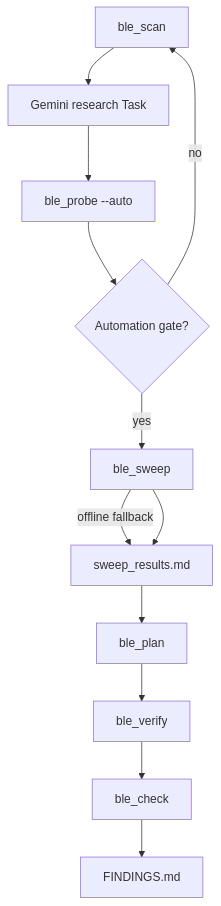
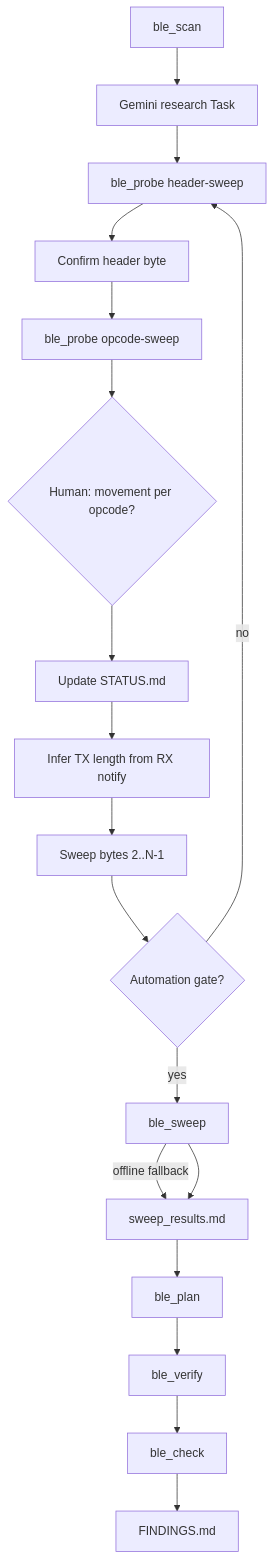
The diagram in skills/ble-hack-skill/SKILL.md (SAT-oO/satoo-llm-skills), drawn with Mermaid before and after one commit. The commit also changed other lines of this file and 20 other files, not shown here.

````diff
--- a/skills/ble-hack-skill/SKILL.md
+++ b/skills/ble-hack-skill/SKILL.md
@@ -39,14 +39,20 @@
 ```mermaid
 flowchart TD
     A[ble_scan] --> B[Gemini research Task]
-    B --> C[ble_probe --auto]
-    C --> D{Automation gate?}
-    D -->|no| A
-    D -->|yes| E[ble_sweep]
-    E -->|offline fallback| F[sweep_results.md]
-    E --> F
-    F --> G[ble_plan]
-    G --> H[ble_verify]
-    H --> I[ble_check]
-    I --> J[FINDINGS.md]
+    B --> C[ble_probe header-sweep]
+    C --> D[Confirm header byte]
+    D --> E[ble_probe opcode-sweep]
+    E --> F{Human: movement per opcode?}
+    F --> S[Update STATUS.md]
+    S --> G[Infer TX length from RX notify]
+    G --> H[Sweep bytes 2..N-1]
+    H --> I{Automation gate?}
+    I -->|no| C
+    I -->|yes| J[ble_sweep]
+    J -->|offline fallback| K[sweep_results.md]
+    J --> K
+    K --> L[ble_plan]
+    L --> M[ble_verify]
+    M --> N[ble_check]
+    N --> O[FINDINGS.md]
 ```
````
